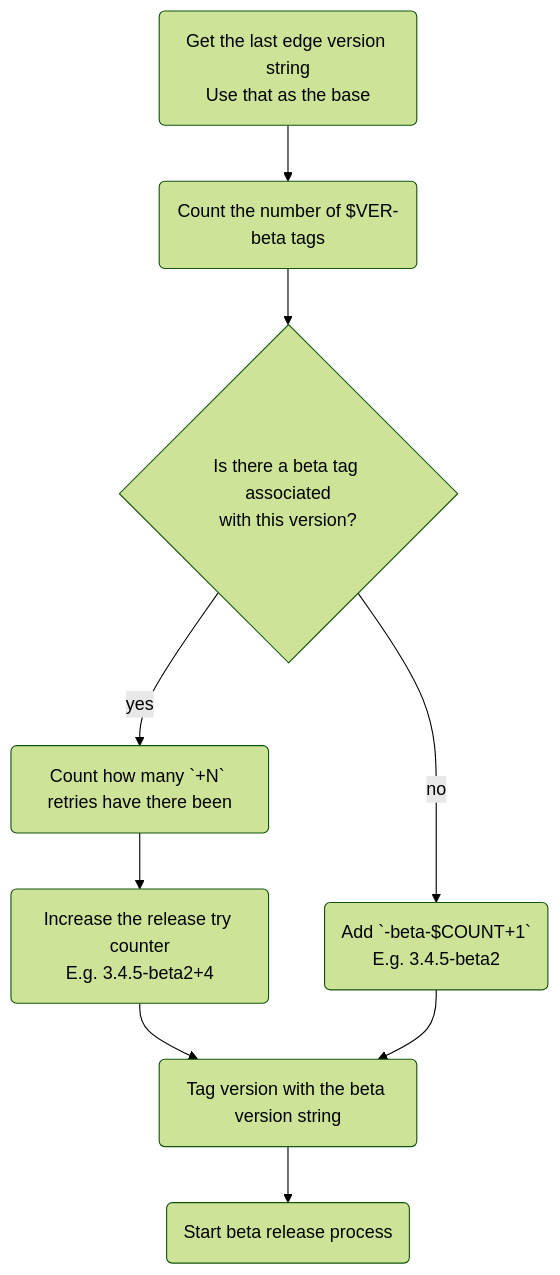
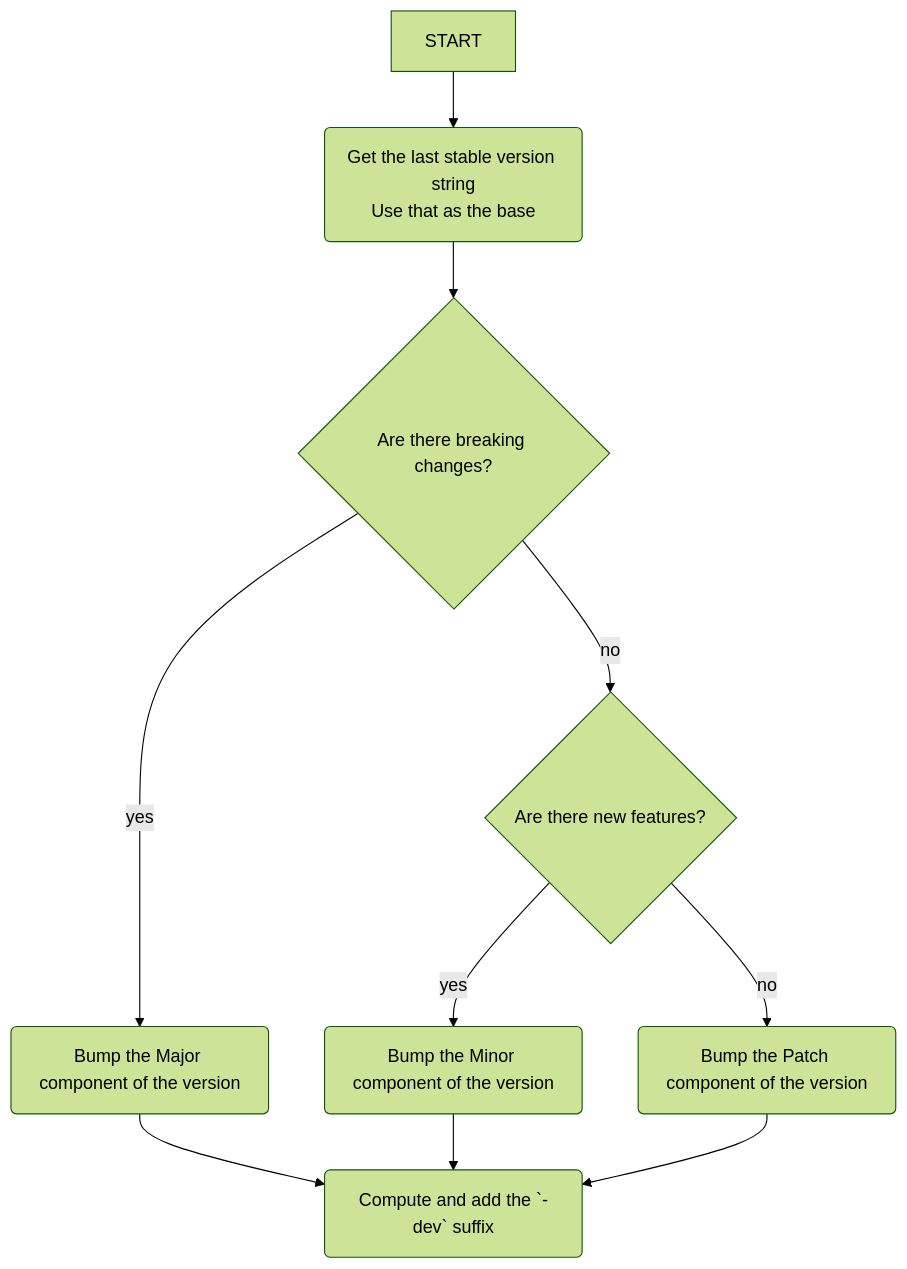
Before and after one commit to canonical/checkbox: the first of 3 diagrams in docs/explanation/continuous_delivery.md, drawn with Mermaid (forest theme).

Commit message:
remove beta counting

````diff
--- a/docs/explanation/continuous_delivery.md
+++ b/docs/explanation/continuous_delivery.md
@@ -27,23 +27,25 @@
 ```mermaid
 
 graph TD;
 
-last_stable("Get the last edge version string\nUse that as the base")
-was_previous{"Is there a beta tag associated\nwith this version?"}
-count_betas("Count the number of $VER-beta tags")
-suffix("Add `-beta-$COUNT+1`\nE.g. 3.4.5-beta2")
-tag("Tag version with the beta version string")
-count_try("Count how many `+N` retries have there been")
-increase_try("Increase the release try counter\nE.g. 3.4.5-beta2+4")
-start_release("Start beta release process")
+last_stable("Get the last stable version string\nUse that as the base")
 
-last_stable --> count_betas
-count_betas --> was_previous
-was_previous -->|no| suffix
-was_previous -->|yes| count_try
-count_try --> increase_try
-increase_try --> tag
-suffix --> tag
-tag --> start_release
+are_breaking{"Are there breaking changes?"}
+breaking("Bump the Major component of the version")
+are_new_things{"Are there new features?"}
+minor("Bump the Minor component of the version")
+patch("Bump the Patch component of the version")
+append_suffix("Compute and add the `-dev` suffix")
 
+START --> last_stable
+last_stable --> are_breaking
+are_breaking -->|no| are_new_things
+are_breaking -->|yes| breaking
+
+are_new_things -->|no| patch
+are_new_things -->|yes| minor
+
+breaking --> append_suffix
+minor --> append_suffix
+patch --> append_suffix
 ```
````
